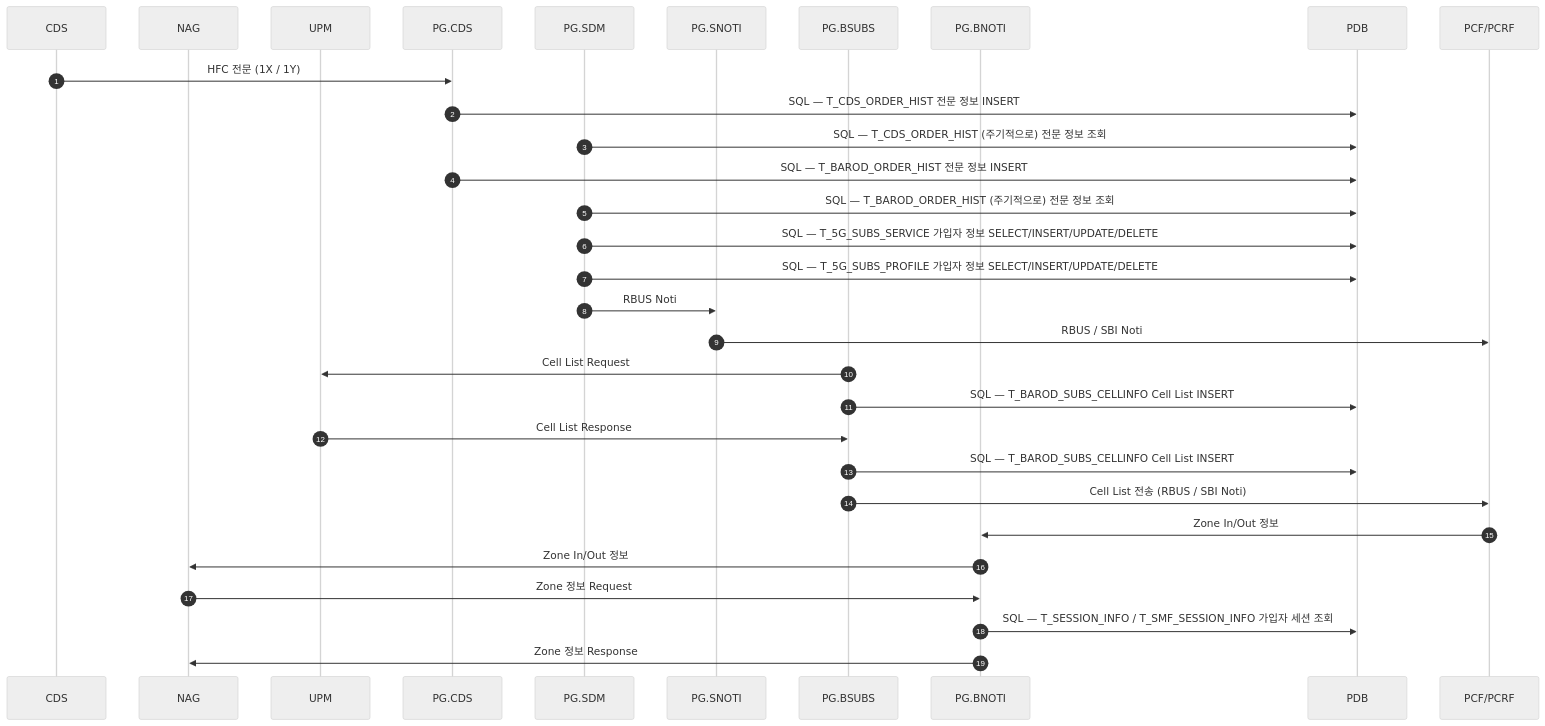
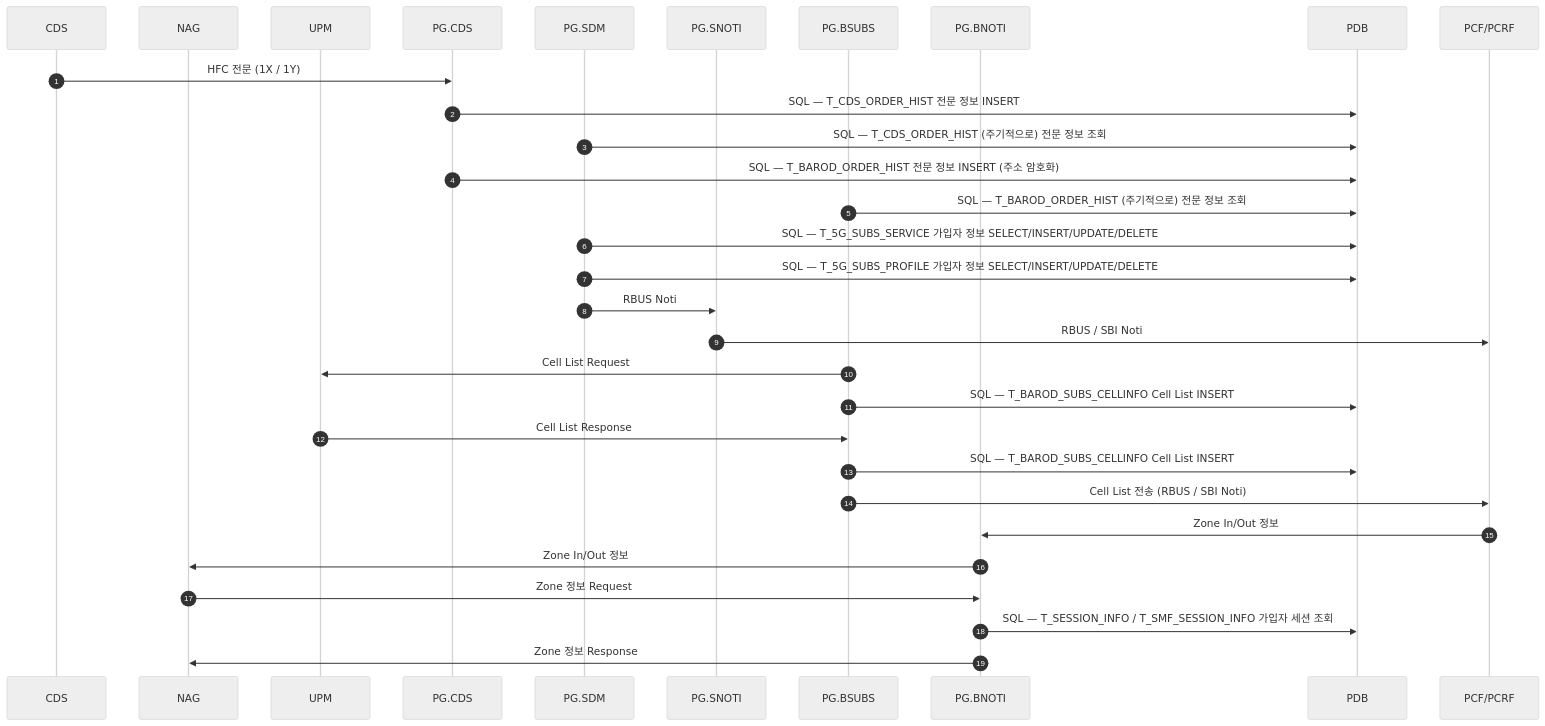
Before and after one commit to IanKim2030/tc4robot: the diagram in docs/INTERFACES.md, drawn with Mermaid (neutral theme). The commit also changed other lines of this file and 5 other files, not shown here.

First line of the commit message:
docs: 1X Call Flow 문서 추가, Release WARN 제거

````diff
--- a/docs/INTERFACES.md
+++ b/docs/INTERFACES.md
@@ -66,34 +66,34 @@
 ```mermaid
 sequenceDiagram
     autonumber
     participant CDS as CDS
     participant NAG as NAG
     participant UPM as UPM
     participant PGCDS as PG.CDS
     participant SDM as PG.SDM
     participant SNOTI as PG.SNOTI
     participant BSUBS as PG.BSUBS
     participant BNOTI as PG.BNOTI
     participant PDB as PDB
     participant PCF as PCF/PCRF
 
     CDS->>PGCDS: HFC 전문 (1X / 1Y)
     PGCDS->>PDB: SQL — T_CDS_ORDER_HIST 전문 정보 INSERT
     SDM->>PDB: SQL — T_CDS_ORDER_HIST (주기적으로) 전문 정보 조회
-    PGCDS->>PDB: SQL — T_BAROD_ORDER_HIST 전문 정보 INSERT
-    SDM->>PDB: SQL — T_BAROD_ORDER_HIST (주기적으로) 전문 정보 조회
+    PGCDS->>PDB: SQL — T_BAROD_ORDER_HIST 전문 정보 INSERT (주소 암호화)
+    BSUBS->>PDB: SQL — T_BAROD_ORDER_HIST (주기적으로) 전문 정보 조회
     SDM->>PDB: SQL — T_5G_SUBS_SERVICE 가입자 정보 SELECT/INSERT/UPDATE/DELETE
     SDM->>PDB: SQL — T_5G_SUBS_PROFILE 가입자 정보 SELECT/INSERT/UPDATE/DELETE
     SDM->>SNOTI: RBUS Noti
     SNOTI->>PCF: RBUS / SBI Noti
     BSUBS->>UPM: Cell List Request
     BSUBS->>PDB: SQL — T_BAROD_SUBS_CELLINFO Cell List INSERT
     UPM->>BSUBS: Cell List Response
     BSUBS->>PDB: SQL — T_BAROD_SUBS_CELLINFO Cell List INSERT
     BSUBS->>PCF: Cell List 전송 (RBUS / SBI Noti)
     PCF->>BNOTI: Zone In/Out 정보
     BNOTI->>NAG: Zone In/Out 정보
     NAG->>BNOTI: Zone 정보 Request
     BNOTI->>PDB: SQL — T_SESSION_INFO / T_SMF_SESSION_INFO 가입자 세션 조회
     BNOTI->>NAG: Zone 정보 Response
 ```
````
